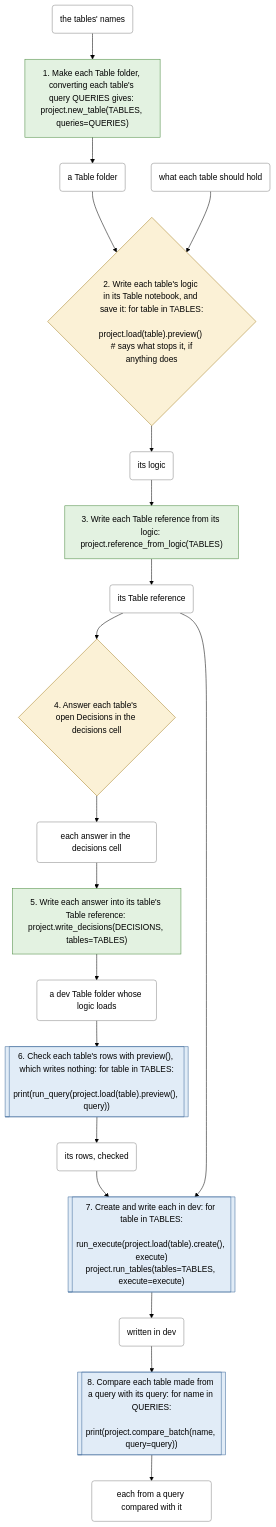
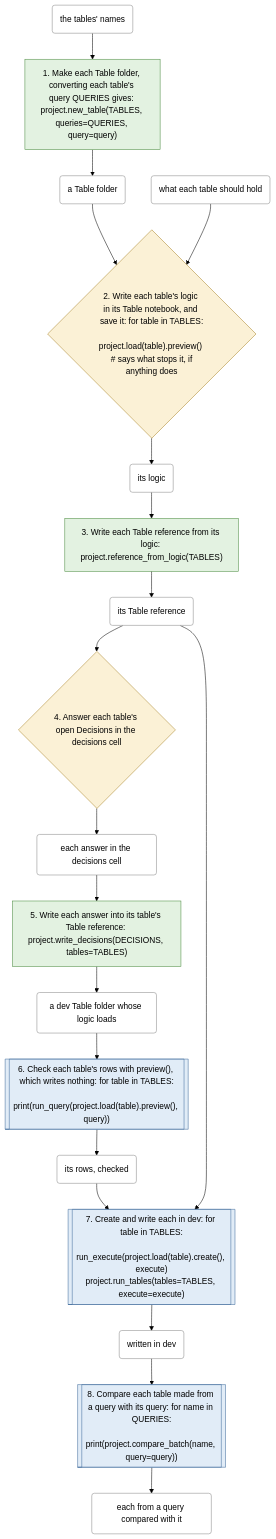
Before and after one commit to EdgyPage/SQL-Composer: the third of 7 diagrams in docs/workflows.md, drawn with Mermaid (forest theme). The commit also changed other lines of this file and 31 other files, not shown here.

First line of the commit message:
feat(8.10): new_table from a query, new_run_value and the sources Decision add a missing Table reference for you (toolbox-8-10 ticket 02)

````diff
--- a/docs/workflows.md
+++ b/docs/workflows.md
@@ -158,48 +159,48 @@
 ```mermaid
 flowchart TD
-    s0["1. Make each Table folder, converting each table's query QUERIES gives: project.new_table(TABLES, queries=QUERIES)"]:::files_only
+    s0["1. Make each Table folder, converting each table's query QUERIES gives: project.new_table(TABLES, queries=QUERIES, query=query)"]:::files_only
     s1{"2. Write each table's logic in its Table notebook, and save it: for table in TABLES:
     project.load(table).preview()  #35; says what stops it, if anything does"}:::your_decision
     s2["3. Write each Table reference from its logic: project.reference_from_logic(TABLES)"]:::files_only
     s3{"4. Answer each table's open Decisions in the decisions cell"}:::your_decision
     s4["5. Write each answer into its table's Table reference: project.write_decisions(DECISIONS, tables=TABLES)"]:::files_only
     s5[["6. Check each table's rows with preview(), which writes nothing: for table in TABLES:
     print(run_query(project.load(table).preview(), query))"]]:::warehouse_call
     s6[["7. Create and write each in dev: for table in TABLES:
     run_execute(project.load(table).create(), execute)
 project.run_tables(tables=TABLES, execute=execute)"]]:::warehouse_call
     s7[["8. Compare each table made from a query with its query: for name in QUERIES:
     print(project.compare_batch(name, query=query))"]]:::warehouse_call
     t0("the tables' names"):::thing
     t1("a Table folder"):::thing
     t2("what each table should hold"):::thing
     t3("its logic"):::thing
     t4("its Table reference"):::thing
     t5("each answer in the decisions cell"):::thing
     t6("a dev Table folder whose logic loads"):::thing
     t7("its rows, checked"):::thing
     t8("written in dev"):::thing
     t9("each from a query compared with it"):::thing
     t0 --> s0
     s0 --> t1
     t1 --> s1
     t2 --> s1
     s1 --> t3
     t3 --> s2
     s2 --> t4
     t4 --> s3
     s3 --> t5
     t5 --> s4
     s4 --> t6
     t6 --> s5
     s5 --> t7
     t7 --> s6
     t4 --> s6
     s6 --> t8
     t8 --> s7
     s7 --> t9
     classDef files_only fill:#e3f2e1,stroke:#4a8a3f
     classDef warehouse_call fill:#e1ecf7,stroke:#3f6a9a
     classDef your_decision fill:#fbf1d6,stroke:#a8842a
     classDef thing fill:#ffffff,stroke:#888888
 ```
````
